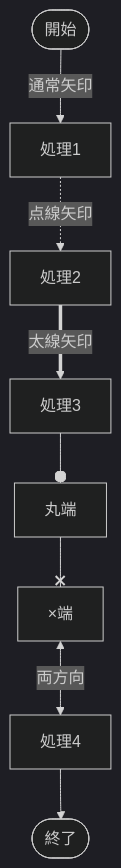
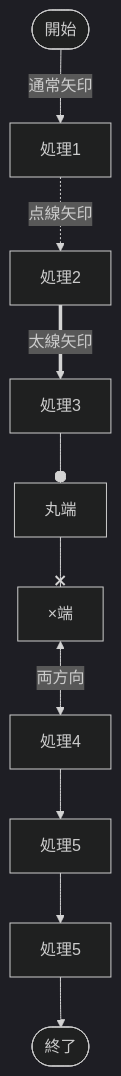
The third of 24 diagrams in tests/demo_full.qmd (notfolder/qmd_to_pptx), drawn with Mermaid (dark theme) before and after one commit. The commit also changed other lines of this file and 3 other files, not shown here.

````diff
--- a/tests/demo_full.qmd
+++ b/tests/demo_full.qmd
@@ -95,10 +114,12 @@
 ```mermaid
 flowchart TD
     A([開始]) -->|通常矢印| B[処理1]
     B -.->|点線矢印| C[処理2]
     C ==>|太線矢印| D[処理3]
     D --o E[丸端]
     E --x F[×端]
     F <-->|両方向| G[処理4]
-    G --> H([終了])
+    G --> H[処理5]
+    H --> I[処理5]
+    I --> J([終了])
 ```
````
